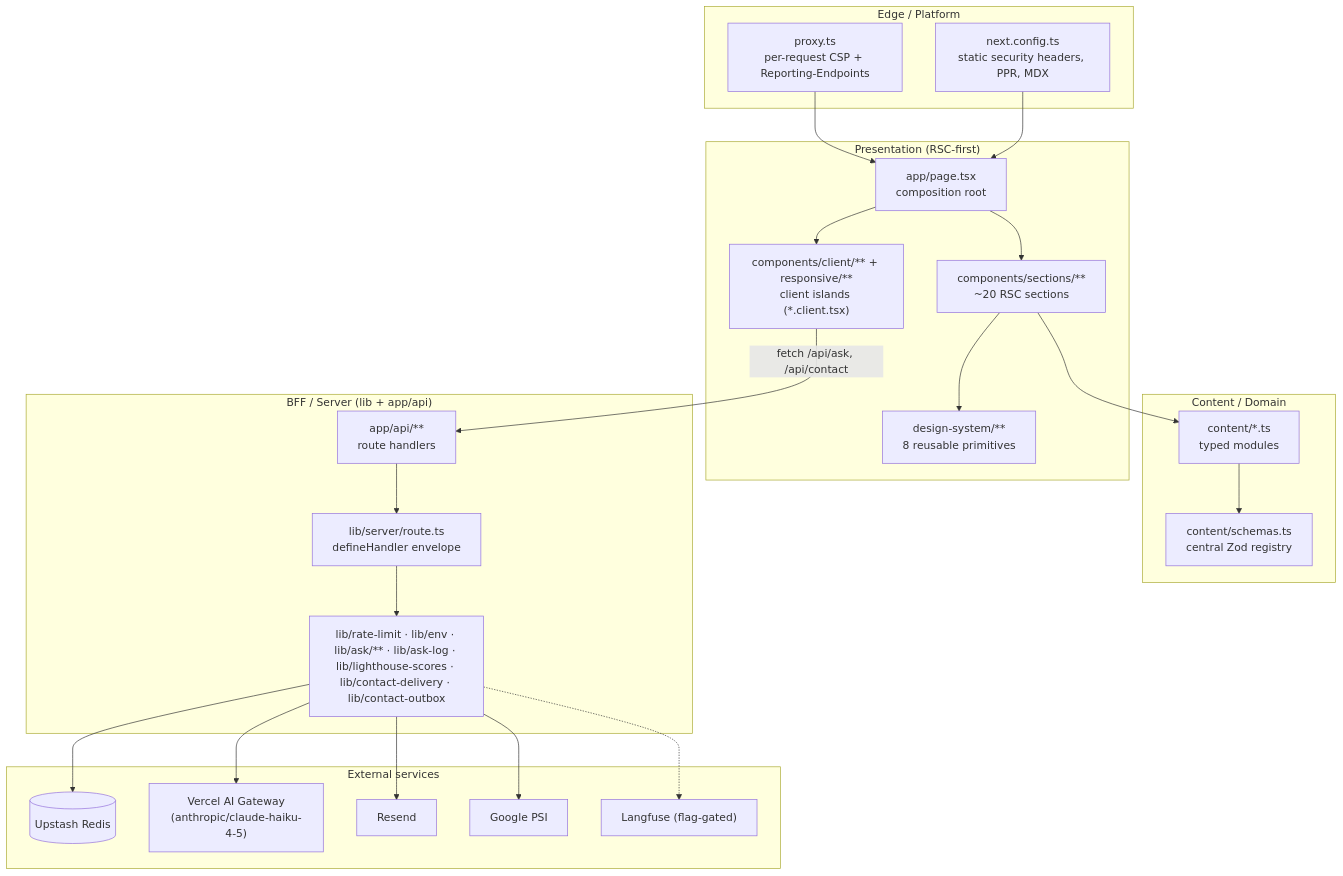
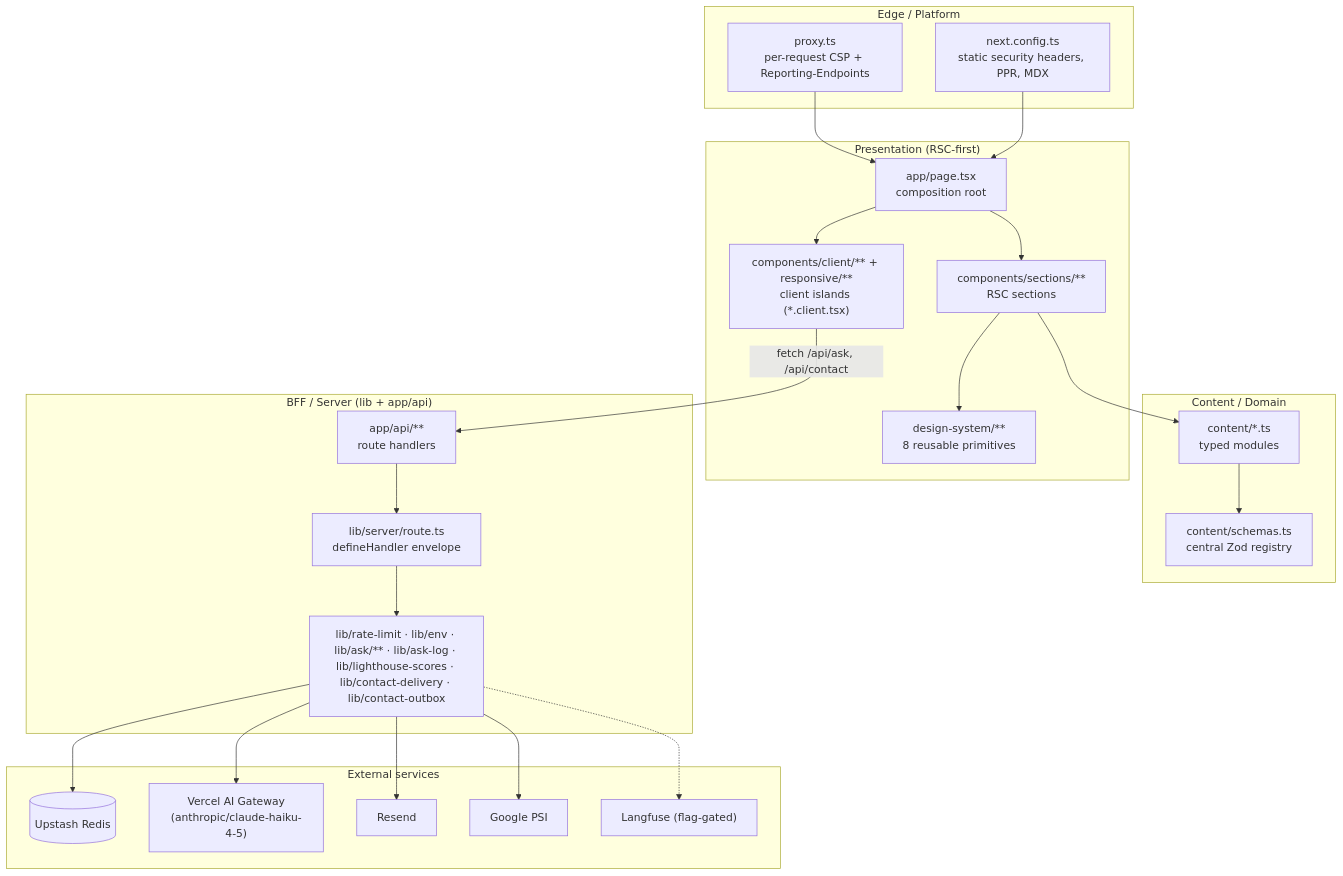
Before and after one commit to erikunha/portfolio: the first of 3 diagrams in docs/01-architecture.md, drawn with Mermaid. The commit also changed other lines of this file and 8 other files, not shown here.

````diff
--- a/docs/01-architecture.md
+++ b/docs/01-architecture.md
@@ -15,42 +15,42 @@
 ```mermaid
 flowchart TB
     subgraph edge["Edge / Platform"]
         proxy["proxy.ts<br/>per-request CSP + Reporting-Endpoints"]
         cfg["next.config.ts<br/>static security headers, PPR, MDX"]
     end
     subgraph present["Presentation (RSC-first)"]
         page["app/page.tsx<br/>composition root"]
-        sections["components/sections/**<br/>~20 RSC sections"]
+        sections["components/sections/**<br/>RSC sections"]
         islands["components/client/** + responsive/**<br/>client islands (*.client.tsx)"]
         ds["design-system/**<br/>8 reusable primitives"]
     end
     subgraph content["Content / Domain"]
         cmods["content/*.ts<br/>typed modules"]
         schemas["content/schemas.ts<br/>central Zod registry"]
     end
     subgraph bff["BFF / Server (lib + app/api)"]
         api["app/api/**<br/>route handlers"]
         handler["lib/server/route.ts<br/>defineHandler envelope"]
         libcore["lib/rate-limit · lib/env · lib/ask/** · lib/ask-log · lib/lighthouse-scores · lib/contact-delivery · lib/contact-outbox"]
     end
     subgraph ext["External services"]
         redis[("Upstash Redis")]
         gw["Vercel AI Gateway<br/>(anthropic/claude-haiku-4-5)"]
         resend["Resend"]
         psi["Google PSI"]
         lf["Langfuse (flag-gated)"]
     end
 
     proxy --> page
     cfg --> page
     page --> sections --> ds
     page --> islands
     sections --> cmods --> schemas
     islands -->|fetch /api/ask, /api/contact| api
     api --> handler --> libcore
     libcore --> redis
     libcore --> gw
     libcore --> resend
     libcore --> psi
     libcore -.-> lf
 ```
````
